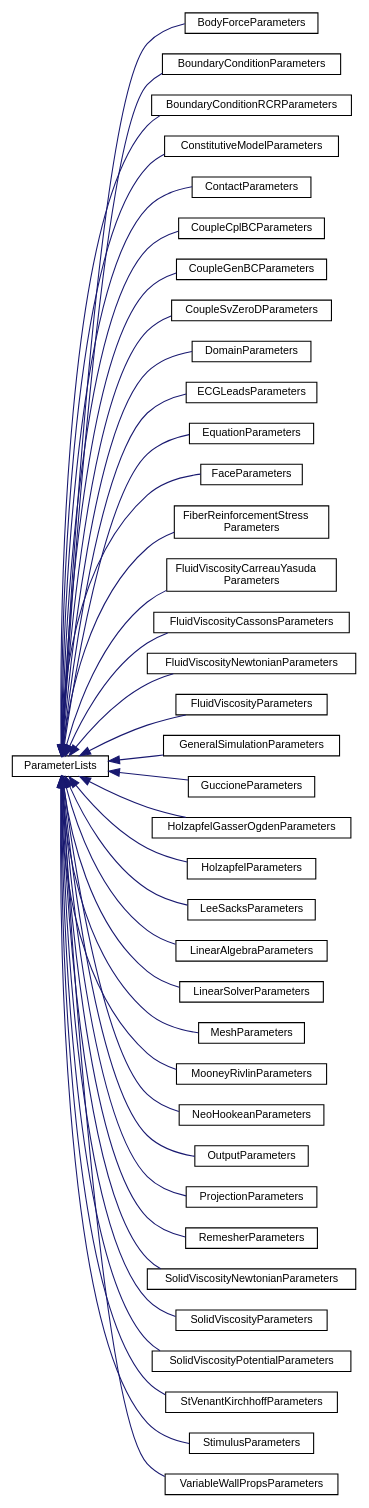
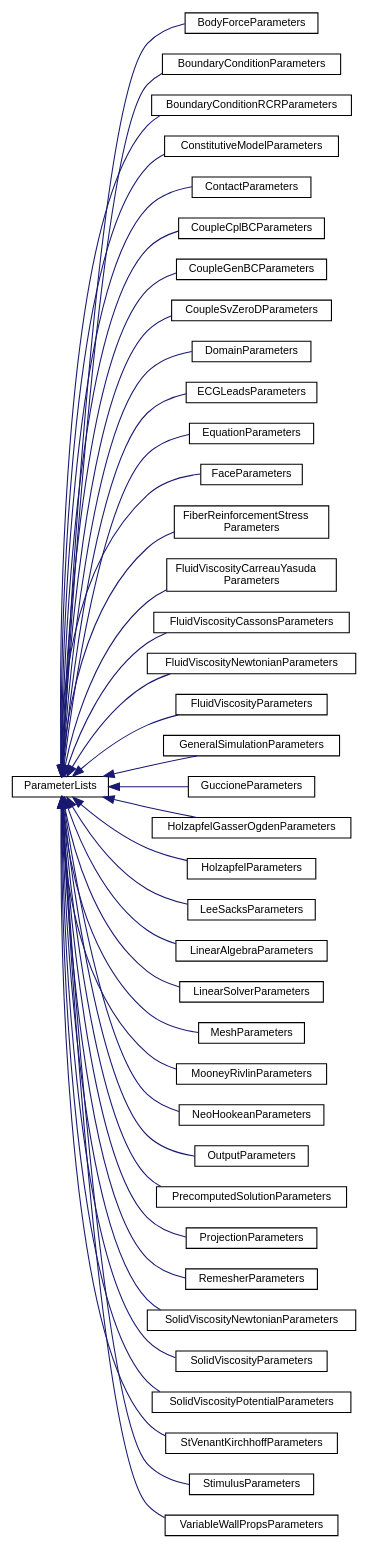
The diagram in inherit_graph_51.dot (mrp089/svMultiPhysics), drawn with Graphviz before and after one commit. The commit also changed 125 other files, not shown here.

```diff
--- a/inherit_graph_51.dot
+++ b/inherit_graph_51.dot
@@ -62,19 +62,21 @@
   Node0 -> Node28 [dir="back",color="midnightblue",fontsize="10",style="solid",fontname="Helvetica"];
   Node28 [label="OutputParameters",height=0.2,width=0.4,color="black", fillcolor="white", style="filled",URL="$class_output_parameters.html",tooltip="The OutputParameters class stores parameters for the Output XML element under Add_equation."];
   Node0 -> Node29 [dir="back",color="midnightblue",fontsize="10",style="solid",fontname="Helvetica"];
-  Node29 [label="ProjectionParameters",height=0.2,width=0.4,color="black", fillcolor="white", style="filled",URL="$class_projection_parameters.html",tooltip="The ProjectionParameters class stores parameters for the 'Add_projection' XML element used for fluid-..."];
+  Node29 [label="PrecomputedSolutionParameters",height=0.2,width=0.4,color="black", fillcolor="white", style="filled",URL="$class_precomputed_solution_parameters.html",tooltip="The PrecomputedSolutionParameters class stores parameters for the 'Precomputed_solution' XML element ..."];
   Node0 -> Node30 [dir="back",color="midnightblue",fontsize="10",style="solid",fontname="Helvetica"];
-  Node30 [label="RemesherParameters",height=0.2,width=0.4,color="black", fillcolor="white", style="filled",URL="$class_remesher_parameters.html",tooltip="The RemesherParameters class stores parameters for the 'Remesher' XML element used for remeshing."];
+  Node30 [label="ProjectionParameters",height=0.2,width=0.4,color="black", fillcolor="white", style="filled",URL="$class_projection_parameters.html",tooltip="The ProjectionParameters class stores parameters for the 'Add_projection' XML element used for fluid-..."];
   Node0 -> Node31 [dir="back",color="midnightblue",fontsize="10",style="solid",fontname="Helvetica"];
-  Node31 [label="SolidViscosityNewtonianParameters",height=0.2,width=0.4,color="black", fillcolor="white", style="filled",URL="$class_solid_viscosity_newtonian_parameters.html",tooltip=" "];
+  Node31 [label="RemesherParameters",height=0.2,width=0.4,color="black", fillcolor="white", style="filled",URL="$class_remesher_parameters.html",tooltip="The RemesherParameters class stores parameters for the 'Remesher' XML element used for remeshing."];
   Node0 -> Node32 [dir="back",color="midnightblue",fontsize="10",style="solid",fontname="Helvetica"];
-  Node32 [label="SolidViscosityParameters",height=0.2,width=0.4,color="black", fillcolor="white", style="filled",URL="$class_solid_viscosity_parameters.html",tooltip=" "];
+  Node32 [label="SolidViscosityNewtonianParameters",height=0.2,width=0.4,color="black", fillcolor="white", style="filled",URL="$class_solid_viscosity_newtonian_parameters.html",tooltip=" "];
   Node0 -> Node33 [dir="back",color="midnightblue",fontsize="10",style="solid",fontname="Helvetica"];
-  Node33 [label="SolidViscosityPotentialParameters",height=0.2,width=0.4,color="black", fillcolor="white", style="filled",URL="$class_solid_viscosity_potential_parameters.html",tooltip=" "];
+  Node33 [label="SolidViscosityParameters",height=0.2,width=0.4,color="black", fillcolor="white", style="filled",URL="$class_solid_viscosity_parameters.html",tooltip=" "];
   Node0 -> Node34 [dir="back",color="midnightblue",fontsize="10",style="solid",fontname="Helvetica"];
-  Node34 [label="StVenantKirchhoffParameters",height=0.2,width=0.4,color="black", fillcolor="white", style="filled",URL="$class_st_venant_kirchhoff_parameters.html",tooltip=" "];
+  Node34 [label="SolidViscosityPotentialParameters",height=0.2,width=0.4,color="black", fillcolor="white", style="filled",URL="$class_solid_viscosity_potential_parameters.html",tooltip=" "];
   Node0 -> Node35 [dir="back",color="midnightblue",fontsize="10",style="solid",fontname="Helvetica"];
-  Node35 [label="StimulusParameters",height=0.2,width=0.4,color="black", fillcolor="white", style="filled",URL="$class_stimulus_parameters.html",tooltip="The StimulusParameters class stores parameters for 'Stimulus' XML element used to parameters for pace..."];
+  Node35 [label="StVenantKirchhoffParameters",height=0.2,width=0.4,color="black", fillcolor="white", style="filled",URL="$class_st_venant_kirchhoff_parameters.html",tooltip=" "];
   Node0 -> Node36 [dir="back",color="midnightblue",fontsize="10",style="solid",fontname="Helvetica"];
-  Node36 [label="VariableWallPropsParameters",height=0.2,width=0.4,color="black", fillcolor="white", style="filled",URL="$class_variable_wall_props_parameters.html",tooltip="The VariableWallPropsParameters class stores parameters for variable wall properties for the CMM equa..."];
+  Node36 [label="StimulusParameters",height=0.2,width=0.4,color="black", fillcolor="white", style="filled",URL="$class_stimulus_parameters.html",tooltip="The StimulusParameters class stores parameters for 'Stimulus' XML element used to parameters for pace..."];
+  Node0 -> Node37 [dir="back",color="midnightblue",fontsize="10",style="solid",fontname="Helvetica"];
+  Node37 [label="VariableWallPropsParameters",height=0.2,width=0.4,color="black", fillcolor="white", style="filled",URL="$class_variable_wall_props_parameters.html",tooltip="The VariableWallPropsParameters class stores parameters for variable wall properties for the CMM equa..."];
 }
```
